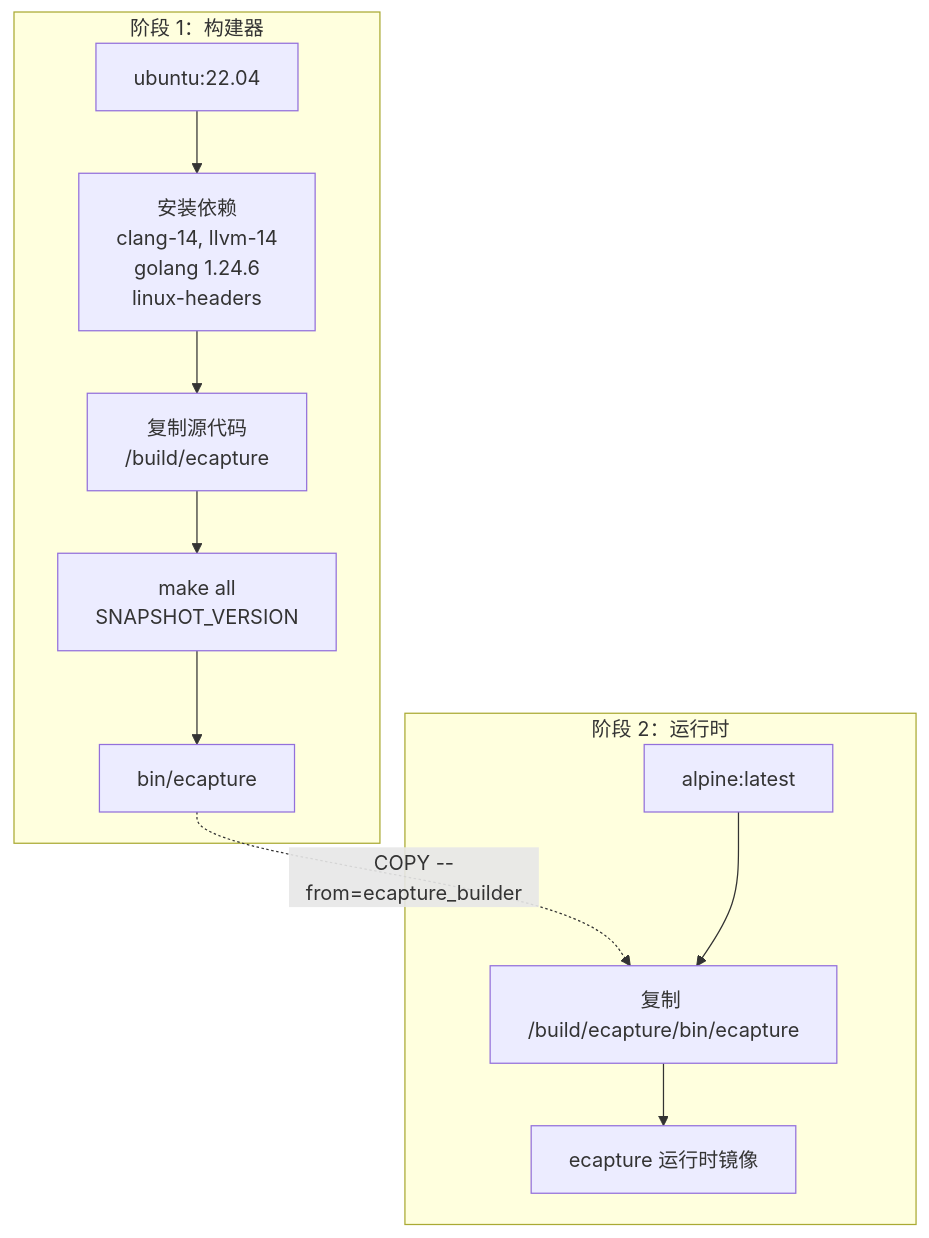
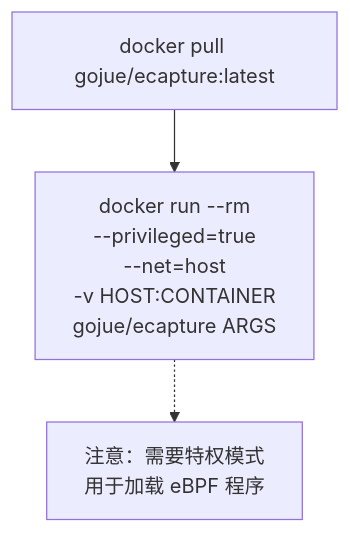
Before and after one commit to gojue/ecapture.cc: the second of 5 diagrams in src/zh/1-overview/1.1-installation-and-quick-start.md, drawn with Mermaid. The commit also changed other lines of this file and 70 other files, not shown here.

Commit message:
feat: update sidebar and navigation links for architecture and shell command auditing sections

````diff
--- a/src/zh/1-overview/1.1-installation-and-quick-start.md
+++ b/src/zh/1-overview/1.1-installation-and-quick-start.md
@@ -187,25 +76,10 @@
 ```mermaid
-graph TB
-    subgraph "阶段 1：构建器"
-        BASE["ubuntu:22.04"]
-        DEPS["安装依赖<br/>clang-14, llvm-14<br/>golang 1.24.6<br/>linux-headers"]
-        SOURCE["复制源代码<br/>/build/ecapture"]
-        COMPILE["make all<br/>SNAPSHOT_VERSION"]
-        BINARY["bin/ecapture"]
-    end
+flowchart TD
+    Pull["docker pull gojue/ecapture:latest"]
+    Run["docker run --rm<br/>--privileged=true<br/>--net=host<br/>-v HOST:CONTAINER<br/>gojue/ecapture ARGS"]
     
-    subgraph "阶段 2：运行时"
-        ALPINE["alpine:latest"]
-        COPY_BIN["复制 /build/ecapture/bin/ecapture"]
-        FINAL["ecapture 运行时镜像"]
-    end
+    Pull --> Run
     
-    BASE --> DEPS
-    DEPS --> SOURCE
-    SOURCE --> COMPILE
-    COMPILE --> BINARY
-    
-    BINARY -.->|"COPY --from=ecapture_builder"| COPY_BIN
-    ALPINE --> COPY_BIN
-    COPY_BIN --> FINAL
+    Note["注意：需要特权模式<br/>用于加载 eBPF 程序"]
+    Run -.-> Note
 ```
````
